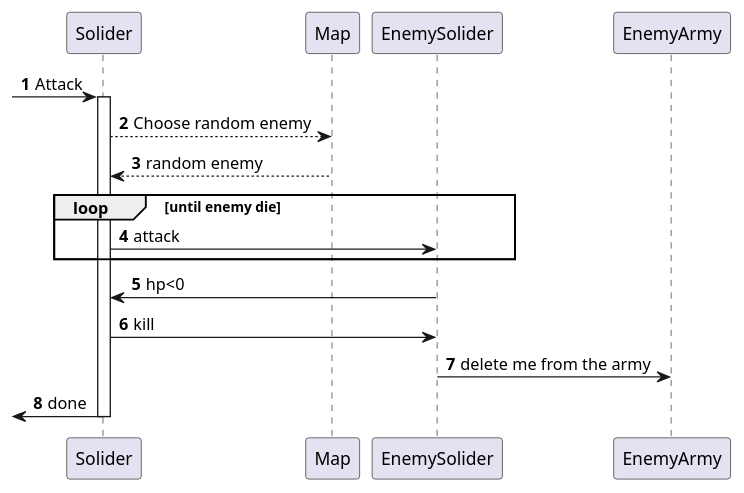
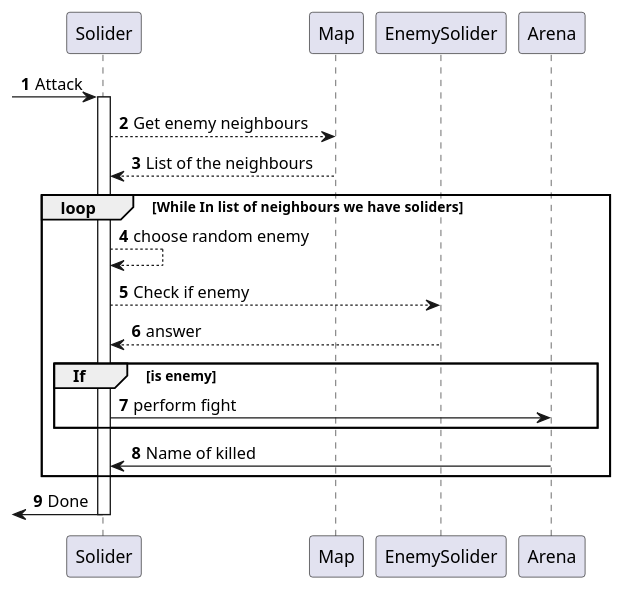
One commit to KlaudiuszKudla/Symulacja changed the diagram in src/main/java/project/Sequence Attack.puml. Above: the diagram before and after it, drawn with PlantUML. The commit also changed 9 other files, not shown here.

```diff
--- a/src/main/java/project/Sequence Attack.puml
+++ b/src/main/java/project/Sequence Attack.puml
@@ -1,19 +1,25 @@
 @startuml
 'https://plantuml.com/sequence-diagram
 
 autonumber
 [->Solider:Attack
 activate Solider
-Solider-->Map:Choose random enemy
-Map-->Solider: random enemy
-loop until enemy die
-Solider->EnemySolider: attack
+Solider-->Map:Get enemy neighbours
+Map-->Solider: List of the neighbours
+loop While  In list of neighbours we have soliders
+Solider-->Solider: choose random enemy
+Solider-->EnemySolider:Check if enemy
+EnemySolider-->Solider:answer
+group If [is enemy]
+Solider->Arena:perform fight
+
 end
-EnemySolider->Solider : hp<0
-Solider->EnemySolider:kill
-EnemySolider->EnemyArmy: delete me from the army
-<-Solider : done
+
+Arena->Solider : Name of killed
+end
+<-Solider:Done
+
 deactivate Solider
 
 
 @enduml
```
